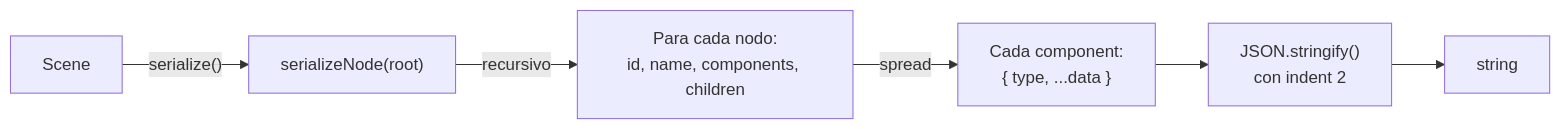
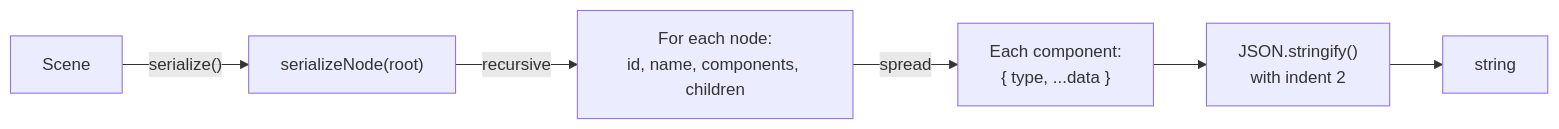
One commit to joshuacba08/oroya-animate changed the first of 3 diagrams in apps/web/src/content/docs/serialization.md. Above: the diagram before and after it, drawn with Mermaid. The commit also changed other lines of this file and 15 other files, not shown here.

````diff
--- a/apps/web/src/content/docs/serialization.md
+++ b/apps/web/src/content/docs/serialization.md
@@ -45,8 +46,8 @@
 ```mermaid
 flowchart LR
     S["Scene"] -->|"serialize()"| SR["serializeNode(root)"]
-    SR -->|"recursivo"| SN["Para cada nodo:\nid, name, components, children"]
-    SN -->|"spread"| SC["Cada component:\n{ type, ...data }"]
-    SC --> JSON["JSON.stringify()\ncon indent 2"]
+    SR -->|"recursive"| SN["For each node:\nid, name, components, children"]
+    SN -->|"spread"| SC["Each component:\n{ type, ...data }"]
+    SC --> JSON["JSON.stringify()\nwith indent 2"]
     JSON --> STR["string"]
 ```
````
